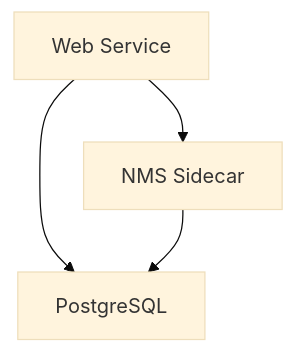
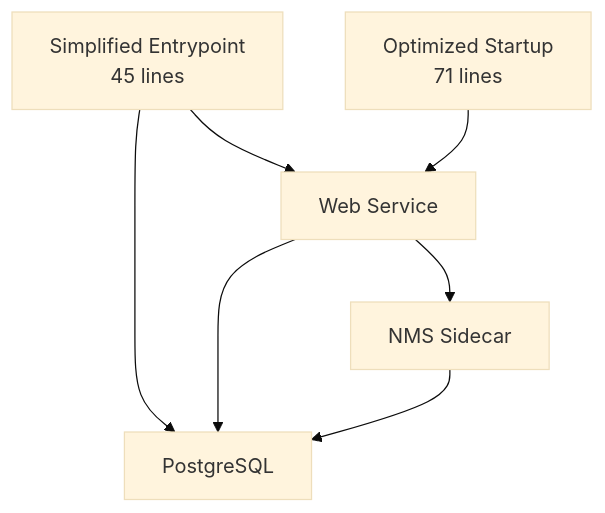
The fifth of 5 diagrams in .qoder/repowiki/en/content/Development & Deployment/Development Setup.md (celebigilfatih/infrascope), drawn with Mermaid (base theme) before and after one commit. The commit also changed other lines of this file and 6 other files, not shown here.

````diff
--- a/.qoder/repowiki/en/content/Development & Deployment/Development Setup.md
+++ b/.qoder/repowiki/en/content/Development & Deployment/Development Setup.md
@@ -258,9 +298,14 @@
 ```mermaid
 graph TB
 Web["Web Service"]
 DB["PostgreSQL"]
 NMS["NMS Sidecar"]
+Entrypoint["Simplified Entrypoint<br/>45 lines"]
+Startup["Optimized Startup<br/>71 lines"]
 Web --> DB
 Web --> NMS
+Entrypoint --> DB
+Entrypoint --> Web
+Startup --> Web
 NMS --> DB
 ```
````
